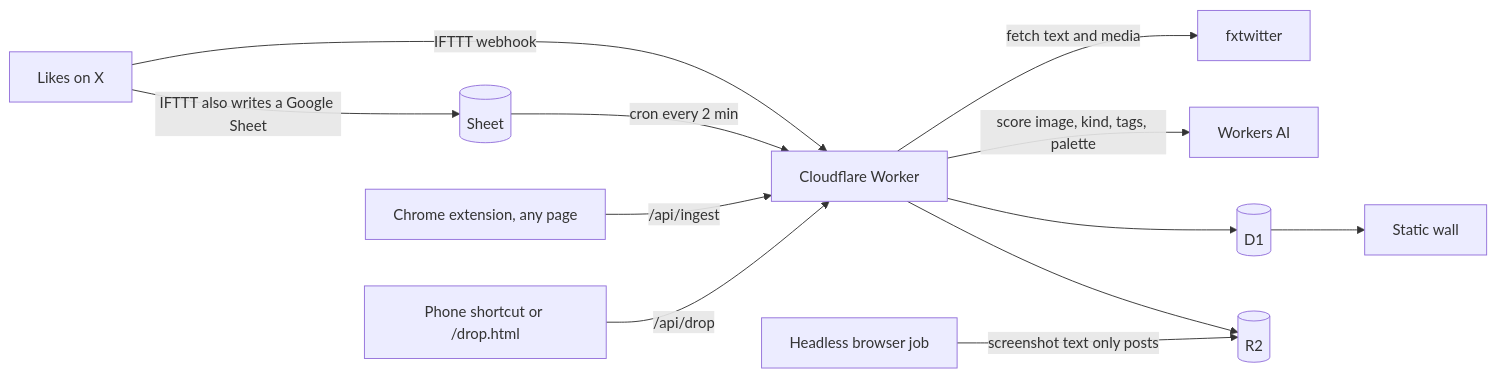
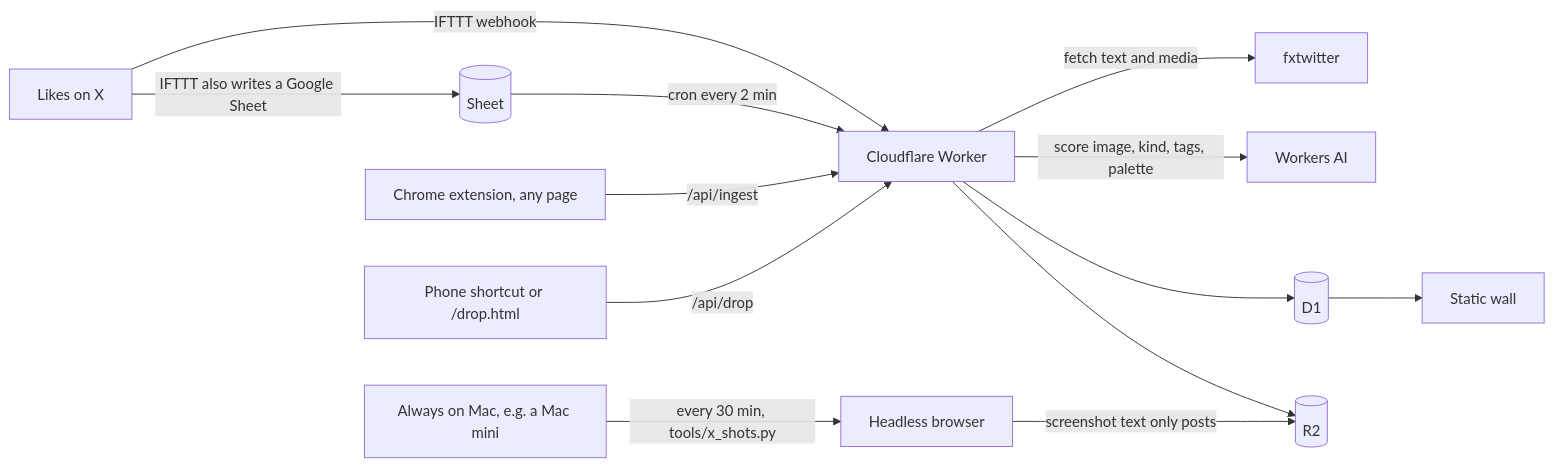
One commit to Hugo6991/design-wall changed the diagram in README.md. Above: the diagram before and after it, drawn with Mermaid. The commit also changed other lines of this file and 1 other file, not shown here.

````diff
--- a/README.md
+++ b/README.md
@@ -31,14 +31,15 @@
 ```mermaid
 flowchart LR
   L[Likes on X] -->|IFTTT webhook| W[Cloudflare Worker]
   L -->|IFTTT also writes a Google Sheet| S[(Sheet)]
   S -->|cron every 2 min| W
   E[Chrome extension, any page] -->|/api/ingest| W
   P[Phone shortcut or /drop.html] -->|/api/drop| W
   W -->|fetch text and media| F[fxtwitter]
   W -->|score image, kind, tags, palette| AI[Workers AI]
   W --> D1[(D1)]
   W --> R2[(R2)]
-  X[Headless browser job] -->|screenshot text only posts| R2
+  M[Always on Mac, e.g. a Mac mini] -->|every 30 min, tools/x_shots.py| X[Headless browser]
+  X -->|screenshot text only posts| R2
   D1 --> WALL[Static wall]
 ```
````
